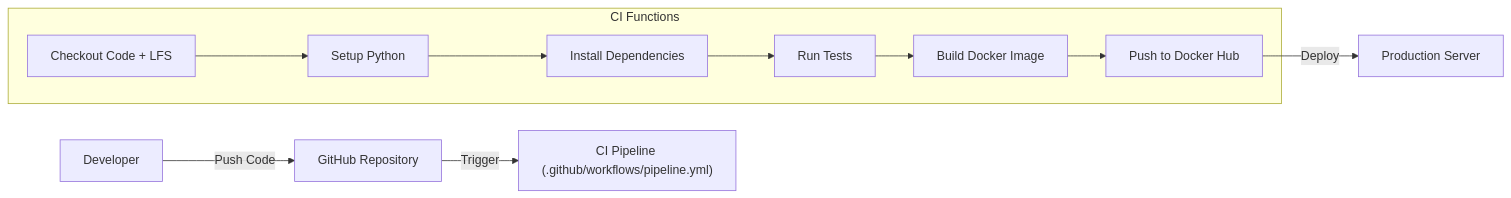
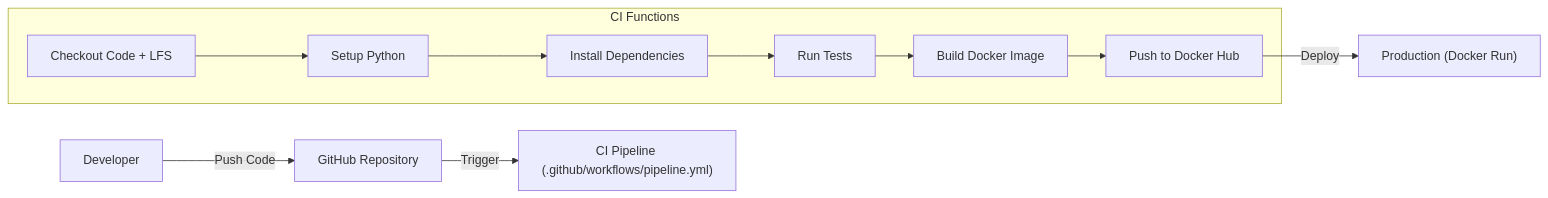
The second of 2 diagrams in README.md (msanthoshofficial/mlops), drawn with Mermaid before and after one commit. The commit also changed other lines of this file, not shown here.

Commit message:
docs: Overhaul README with a comprehensive project overview, detailed architecture diagrams, tech stack, setup, deployment, and monitoring instructions.

````diff
--- a/README.md
+++ b/README.md
@@ -38,13 +48,13 @@
 ```mermaid
 graph LR
     Dev[Developer] -->|Push Code| GitHub[GitHub Repository]
     GitHub -->|Trigger| CI["CI Pipeline (.github/workflows/pipeline.yml)"]
     subgraph CI Functions
         Checkout[Checkout Code + LFS] --> Setup[Setup Python]
         Setup --> Install[Install Dependencies]
         Install --> Test[Run Tests]
         Test --> Build[Build Docker Image]
         Build --> Push[Push to Docker Hub]
     end
-    Push -->|Deploy| Server[Production Server]
+    Push -->|Deploy| Server["Production (Docker Run)"]
 ```
````
